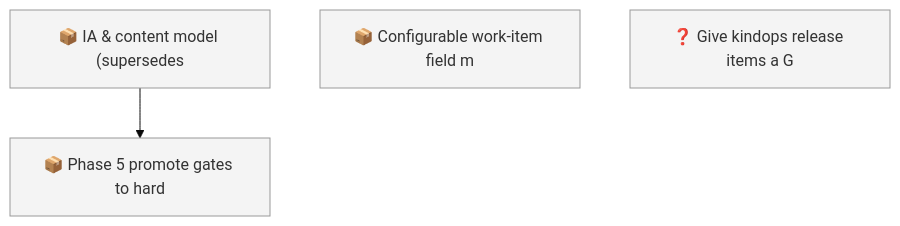
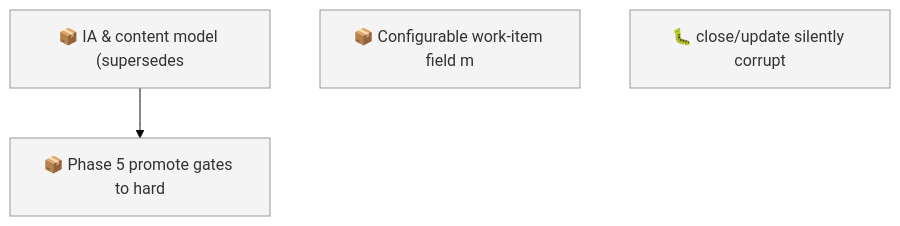
Before and after one commit to SpillwaveSolutions/wiki_ticket_sdd: the first of 2 diagrams in docs/roadmap.md, drawn with Mermaid (base theme). The commit also changed other lines of this file and 2 other files, not shown here.

First line of the commit message:
chore(worklog): resolve release-item ticket-sync question; file close/update prefix bug

````diff
--- a/docs/roadmap.md
+++ b/docs/roadmap.md
@@ -50,10 +53,10 @@
 ```mermaid
 graph TD
     01KY5G9ZW0H2YMNWDFJYGRPYE5["📦 IA & content model (supersedes"]
     01KY5G9ZW0RABXWHEMEP1FAV2G["📦 Phase 5 promote gates to hard"]
     01KY5NE0ZYGBWG44N0KPEBFCZ8["📦 Configurable work-item field m"]
-    01KYA8MDY5HP9MC5KQMJX3BN84["❓ Give kindops release items a G"]
+    01KYA99TVCGX79HFNHN1DVT7Y6["🐛 close/update silently corrupt"]
     01KY5G9ZW0H2YMNWDFJYGRPYE5 --> 01KY5G9ZW0RABXWHEMEP1FAV2G
     classDef todo fill:#f4f4f4,stroke:#999999
-    class 01KY5G9ZW0H2YMNWDFJYGRPYE5,01KY5G9ZW0RABXWHEMEP1FAV2G,01KY5NE0ZYGBWG44N0KPEBFCZ8,01KYA8MDY5HP9MC5KQMJX3BN84 todo
+    class 01KY5G9ZW0H2YMNWDFJYGRPYE5,01KY5G9ZW0RABXWHEMEP1FAV2G,01KY5NE0ZYGBWG44N0KPEBFCZ8,01KYA99TVCGX79HFNHN1DVT7Y6 todo
 ```
````
